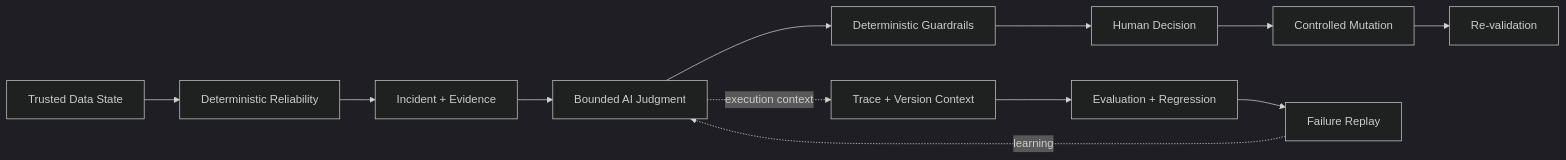
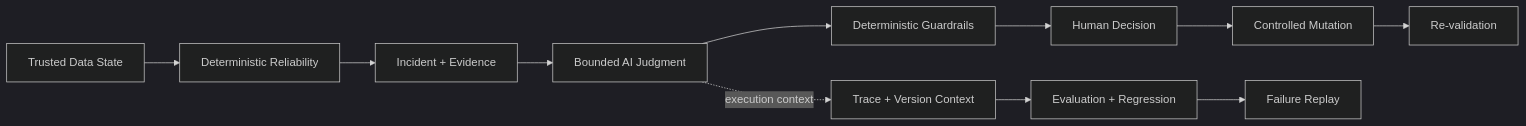
Before and after one commit to mols3131d/hmda-data-reliability: the diagram in docs/VISION.md, drawn with Mermaid (dark theme). The commit also changed other lines of this file, not shown here.

````diff
--- a/docs/VISION.md
+++ b/docs/VISION.md
@@ -35,15 +35,14 @@
 ```mermaid
 flowchart LR
     state["Trusted Data State"] --> reliability["Deterministic Reliability"]
     reliability --> evidence["Incident + Evidence"]
     evidence --> ai["Bounded AI Judgment"]
     ai --> guard["Deterministic Guardrails"]
     guard --> human["Human Decision"]
     human --> mutation["Controlled Mutation"]
     mutation --> verify["Re-validation"]
 
     ai -. execution context .-> trace["Trace + Version Context"]
     trace --> eval["Evaluation + Regression"]
     eval --> replay["Failure Replay"]
-    replay -. learning .-> ai
 ```
````
